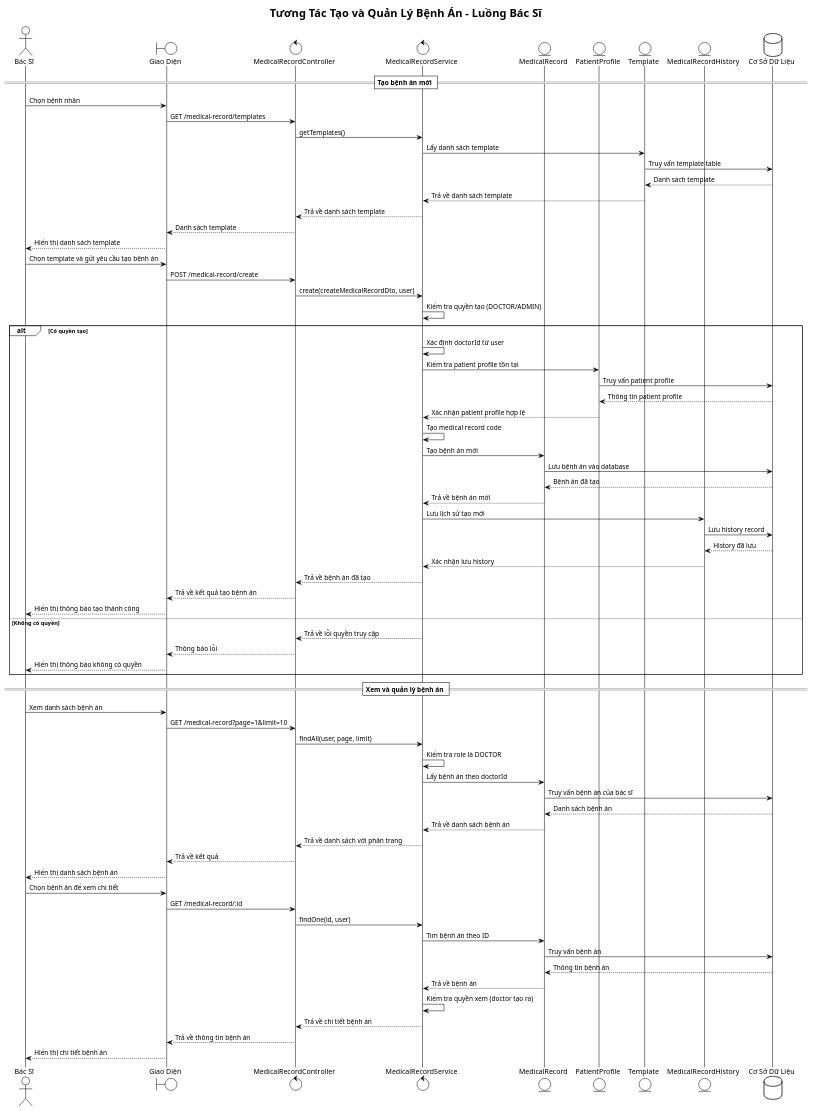
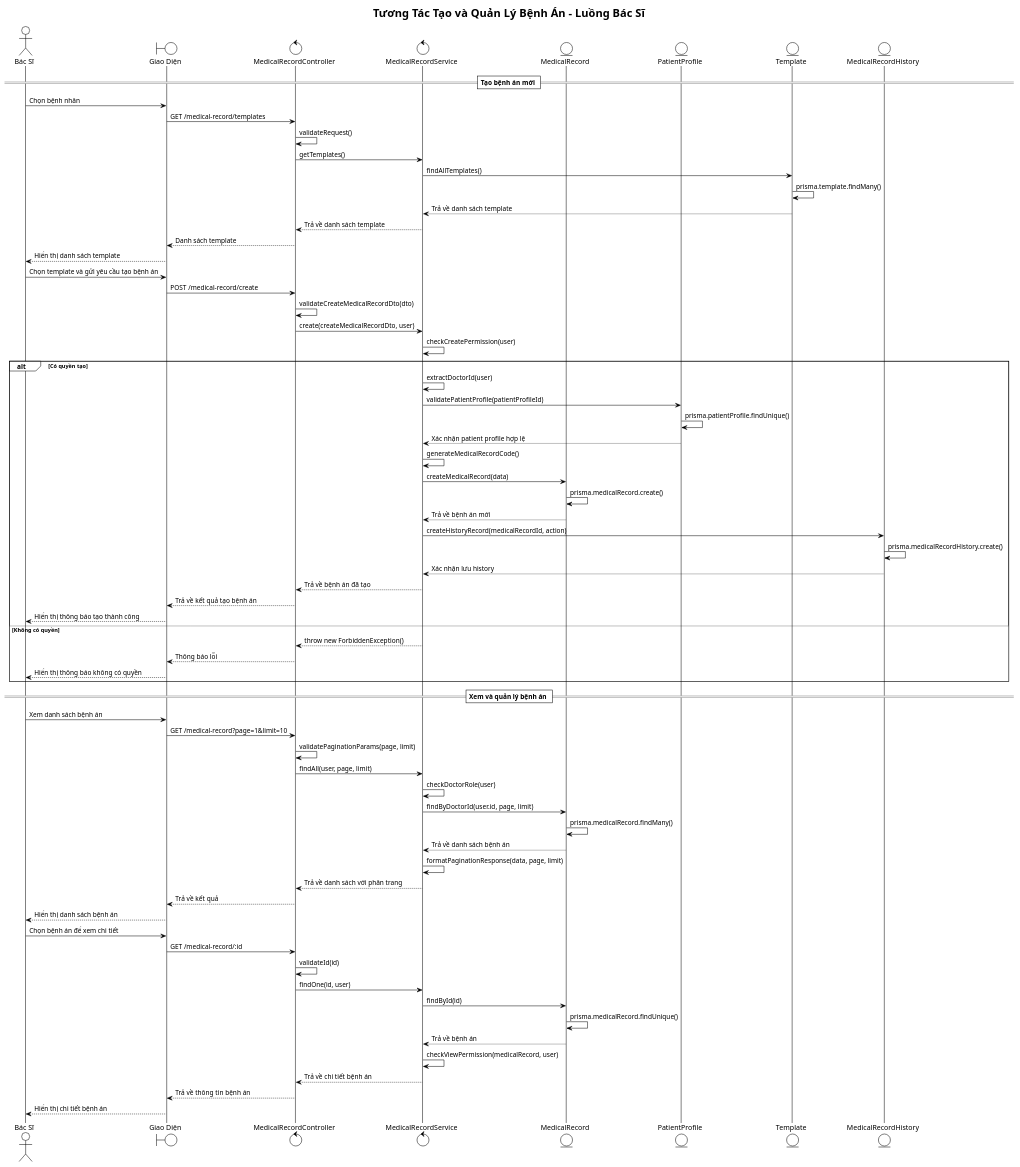
One commit to iamKhang/revita-be changed the diagram in docs/medical-record-sequence.puml. Above: the diagram before and after it, drawn with PlantUML. The commit also changed 7 other files, not shown here.

Commit message:
Update sequence

```diff
--- a/docs/medical-record-sequence.puml
+++ b/docs/medical-record-sequence.puml
@@ -1,88 +1,86 @@
 @startuml Medical Record Sequence Diagram
 !theme plain
 title Tương Tác Tạo và Quản Lý Bệnh Án - Luồng Bác Sĩ
 
 actor "Bác Sĩ" as D
 boundary "Giao Diện" as F
 control "MedicalRecordController" as C
 control "MedicalRecordService" as M
 entity "MedicalRecord" as MR
 entity "PatientProfile" as PP
 entity "Template" as T
 entity "MedicalRecordHistory" as MRH
-database "Cơ Sở Dữ Liệu" as DB
 
 == Tạo bệnh án mới ==
 
 D -> F: Chọn bệnh nhân
 F -> C: GET /medical-record/templates
+C -> C: validateRequest()
 C -> M: getTemplates()
-M -> T: Lấy danh sách template
-T -> DB: Truy vấn template table
-DB --> T: Danh sách template
+M -> T: findAllTemplates()
+T -> T: prisma.template.findMany()
 T --> M: Trả về danh sách template
 M --> C: Trả về danh sách template
 C --> F: Danh sách template
 F --> D: Hiển thị danh sách template
 
 D -> F: Chọn template và gửi yêu cầu tạo bệnh án
 F -> C: POST /medical-record/create
+C -> C: validateCreateMedicalRecordDto(dto)
 C -> M: create(createMedicalRecordDto, user)
-M -> M: Kiểm tra quyền tạo (DOCTOR/ADMIN)
+M -> M: checkCreatePermission(user)
 
 alt Có quyền tạo
-  M -> M: Xác định doctorId từ user
-  M -> PP: Kiểm tra patient profile tồn tại
-  PP -> DB: Truy vấn patient profile
-  DB --> PP: Thông tin patient profile
+  M -> M: extractDoctorId(user)
+  M -> PP: validatePatientProfile(patientProfileId)
+  PP -> PP: prisma.patientProfile.findUnique()
   PP --> M: Xác nhận patient profile hợp lệ
   
-  M -> M: Tạo medical record code
-  M -> MR: Tạo bệnh án mới
-  MR -> DB: Lưu bệnh án vào database
-  DB --> MR: Bệnh án đã tạo
+  M -> M: generateMedicalRecordCode()
+  M -> MR: createMedicalRecord(data)
+  MR -> MR: prisma.medicalRecord.create()
   MR --> M: Trả về bệnh án mới
   
-  M -> MRH: Lưu lịch sử tạo mới
-  MRH -> DB: Lưu history record
-  DB --> MRH: History đã lưu
+  M -> MRH: createHistoryRecord(medicalRecordId, action)
+  MRH -> MRH: prisma.medicalRecordHistory.create()
   MRH --> M: Xác nhận lưu history
   
   M --> C: Trả về bệnh án đã tạo
   C --> F: Trả về kết quả tạo bệnh án
   F --> D: Hiển thị thông báo tạo thành công
   
 else Không có quyền
-  M --> C: Trả về lỗi quyền truy cập
+  M --> C: throw new ForbiddenException()
   C --> F: Thông báo lỗi
   F --> D: Hiển thị thông báo không có quyền
 end
 
 == Xem và quản lý bệnh án ==
 
 D -> F: Xem danh sách bệnh án
 F -> C: GET /medical-record?page=1&limit=10
+C -> C: validatePaginationParams(page, limit)
 C -> M: findAll(user, page, limit)
-M -> M: Kiểm tra role là DOCTOR
-M -> MR: Lấy bệnh án theo doctorId
-MR -> DB: Truy vấn bệnh án của bác sĩ
-DB --> MR: Danh sách bệnh án
+M -> M: checkDoctorRole(user)
+M -> MR: findByDoctorId(user.id, page, limit)
+MR -> MR: prisma.medicalRecord.findMany()
 MR --> M: Trả về danh sách bệnh án
+M -> M: formatPaginationResponse(data, page, limit)
 M --> C: Trả về danh sách với phân trang
 C --> F: Trả về kết quả
 F --> D: Hiển thị danh sách bệnh án
 
 D -> F: Chọn bệnh án để xem chi tiết
 F -> C: GET /medical-record/:id
+C -> C: validateId(id)
 C -> M: findOne(id, user)
-M -> MR: Tìm bệnh án theo ID
-MR -> DB: Truy vấn bệnh án
-DB --> MR: Thông tin bệnh án
+M -> MR: findById(id)
+MR -> MR: prisma.medicalRecord.findUnique()
 MR --> M: Trả về bệnh án
-M -> M: Kiểm tra quyền xem (doctor tạo ra)
+M -> M: checkViewPermission(medicalRecord, user)
 M --> C: Trả về chi tiết bệnh án
 C --> F: Trả về thông tin bệnh án
 F --> D: Hiển thị chi tiết bệnh án
 
 
 @enduml
```
